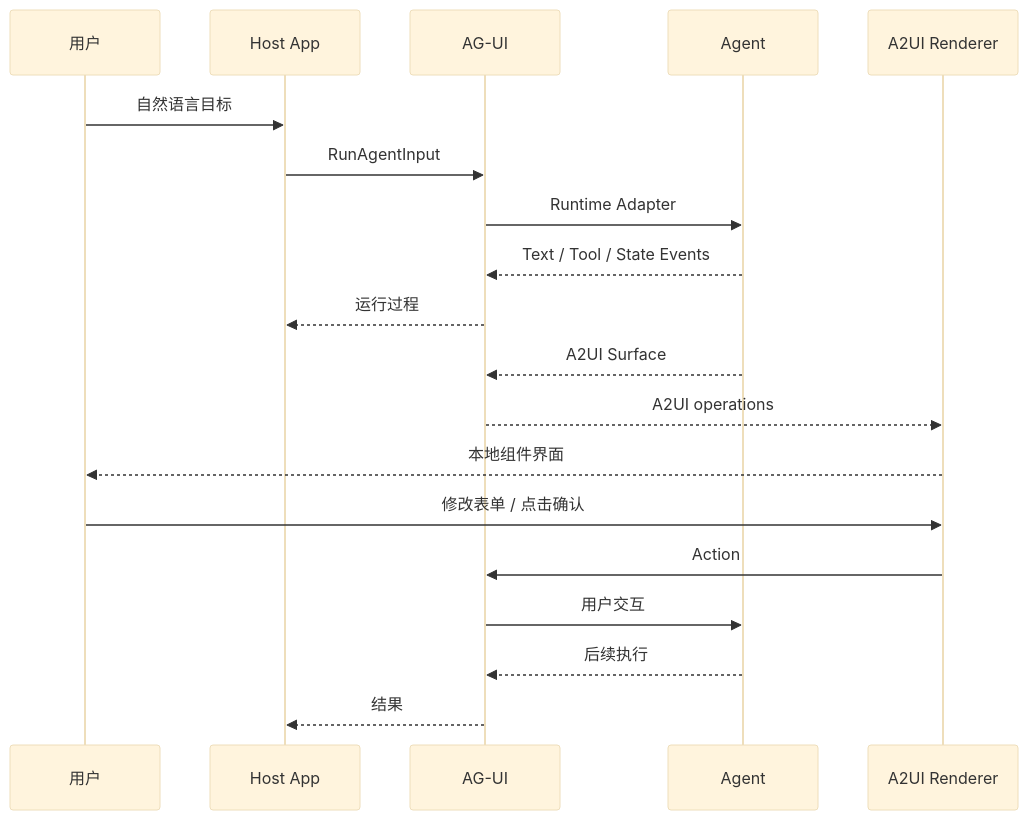
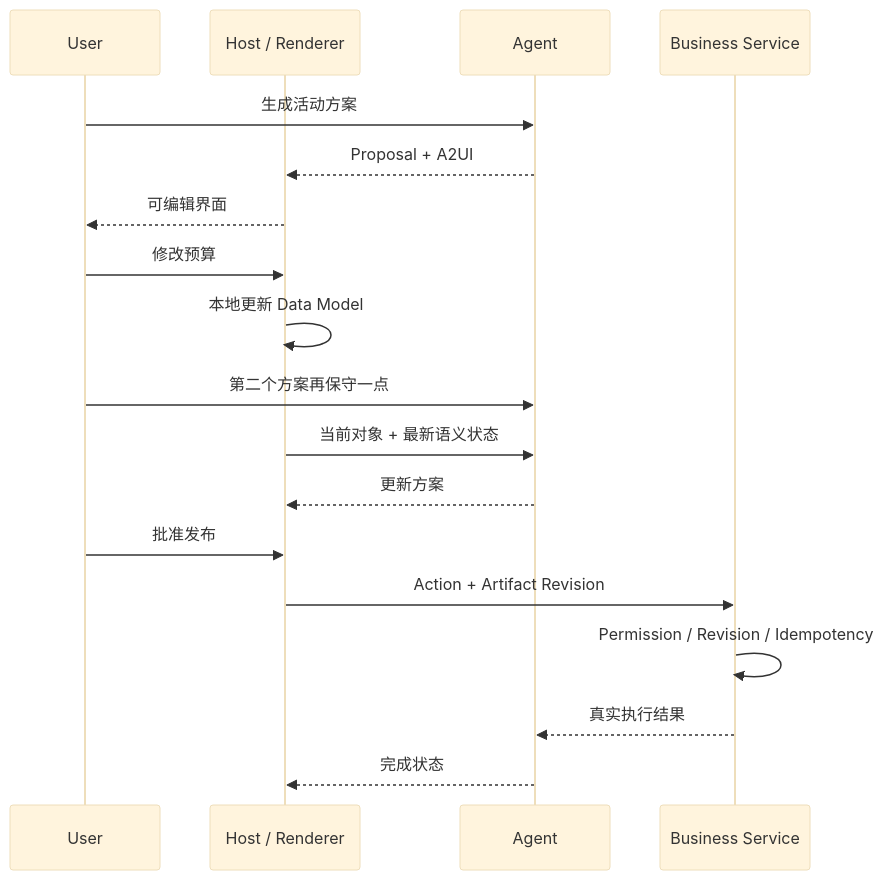
Before and after one commit to Nunchakus888/dossierkit: the eighth of 12 diagrams in profiles/default/content/zh/notes/ag-ui-a2ui-agent-runtime-generative-ui-ai-native.mdx, drawn with Mermaid (base theme). The commit also changed other lines of this file, not shown here.

Commit message:
Update note: AG-UI 与 A2UI：构建跨 Agent、跨平台的交互架构

```diff
--- a/profiles/default/content/zh/notes/ag-ui-a2ui-agent-runtime-generative-ui-ai-native.mdx
+++ b/profiles/default/content/zh/notes/ag-ui-a2ui-agent-runtime-generative-ui-ai-native.mdx
@@ -473,24 +371,24 @@
 ~~~mermaid
 sequenceDiagram
-  participant U as 用户
-  participant UI as Host App
-  participant AG as AG-UI
+  participant U as User
+  participant H as Host / Renderer
   participant A as Agent
-  participant R as A2UI Renderer
+  participant B as Business Service
 
-  U->>UI: 自然语言目标
-  UI->>AG: RunAgentInput
-  AG->>A: Runtime Adapter
-  A-->>AG: Text / Tool / State Events
-  AG-->>UI: 运行过程
+  U->>A: 生成活动方案
+  A-->>H: Proposal + A2UI
+  H-->>U: 可编辑界面
 
-  A-->>AG: A2UI Surface
-  AG-->>R: A2UI operations
-  R-->>U: 本地组件界面
+  U->>H: 修改预算
+  H->>H: 本地更新 Data Model
 
-  U->>R: 修改表单 / 点击确认
-  R->>AG: Action
-  AG->>A: 用户交互
-  A-->>AG: 后续执行
-  AG-->>UI: 结果
+  U->>A: 第二个方案再保守一点
+  H->>A: 当前对象 + 最新语义状态
+  A-->>H: 更新方案
+
+  U->>H: 批准发布
+  H->>B: Action + Artifact Revision
+  B->>B: Permission / Revision / Idempotency
+  B-->>A: 真实执行结果
+  A-->>H: 完成状态
 ~~~
```
